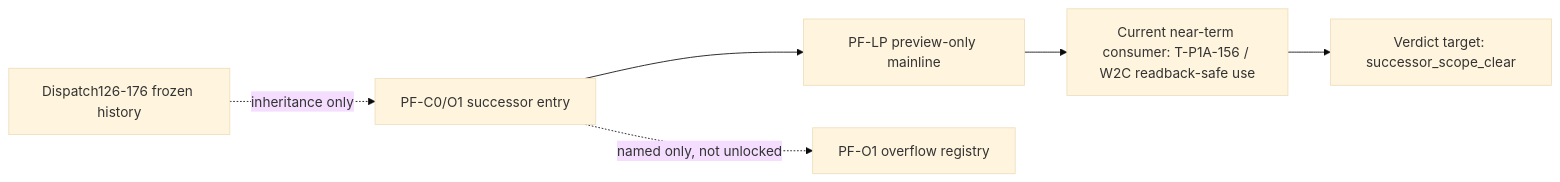
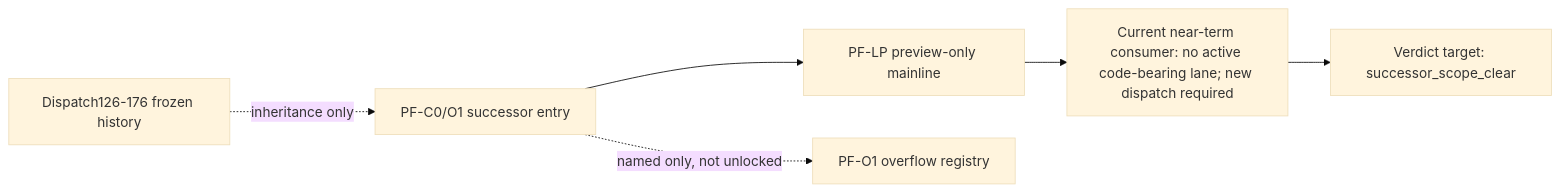
One commit to RayWong1990/ScoutFlow changed the diagram in docs/research/post-frozen/2026-05-08/W3E-PF-C0-O1/02-successor-scope-memo.md. Above: the diagram before and after it, drawn with Mermaid (base theme). The commit also changed other lines of this file, not shown here.

````diff
--- a/docs/research/post-frozen/2026-05-08/W3E-PF-C0-O1/02-successor-scope-memo.md
+++ b/docs/research/post-frozen/2026-05-08/W3E-PF-C0-O1/02-successor-scope-memo.md
@@ -37,8 +37,8 @@
 ```mermaid
 flowchart LR
   H["Dispatch126-176 frozen history"] -. inheritance only .-> A["PF-C0/O1 successor entry"]
   A --> B["PF-LP preview-only mainline"]
-  B --> C["Current near-term consumer: T-P1A-156 / W2C readback-safe use"]
+  B --> C["Current near-term consumer: no active code-bearing lane; new dispatch required"]
   A -. named only, not unlocked .-> O["PF-O1 overflow registry"]
   C --> V["Verdict target: successor_scope_clear"]
 ```
````
